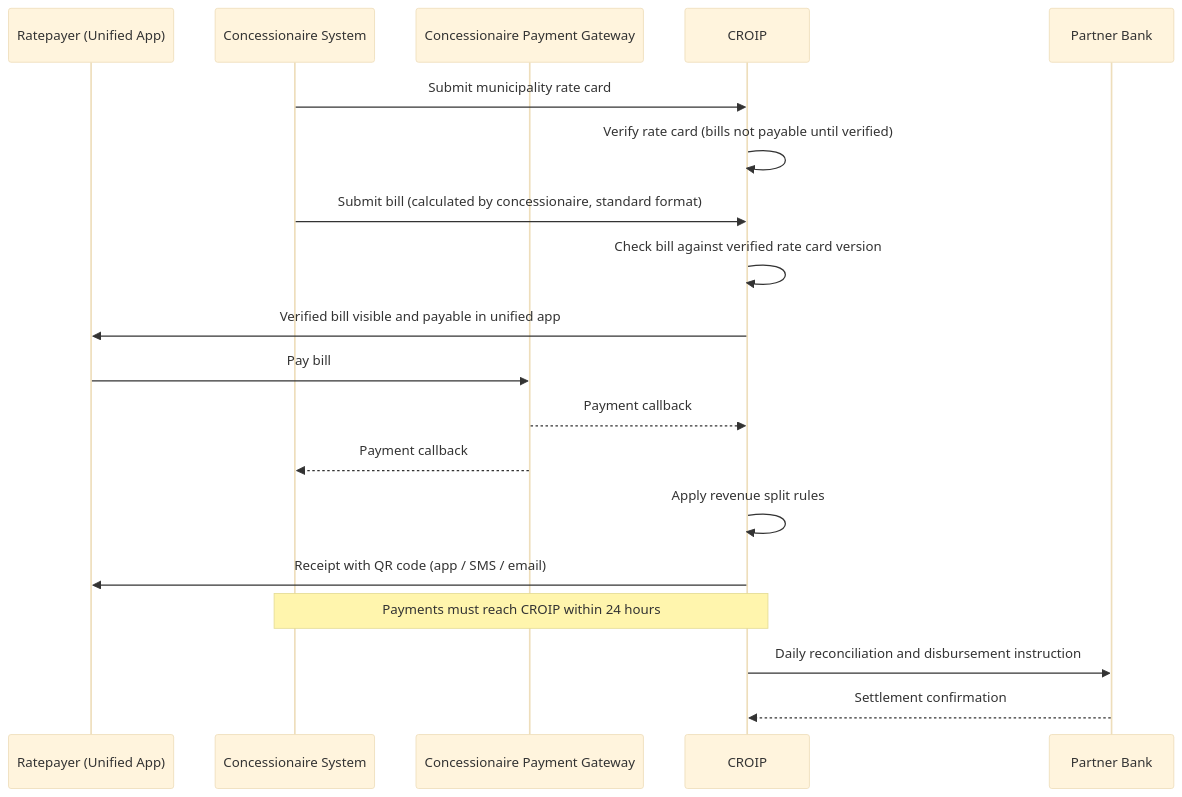
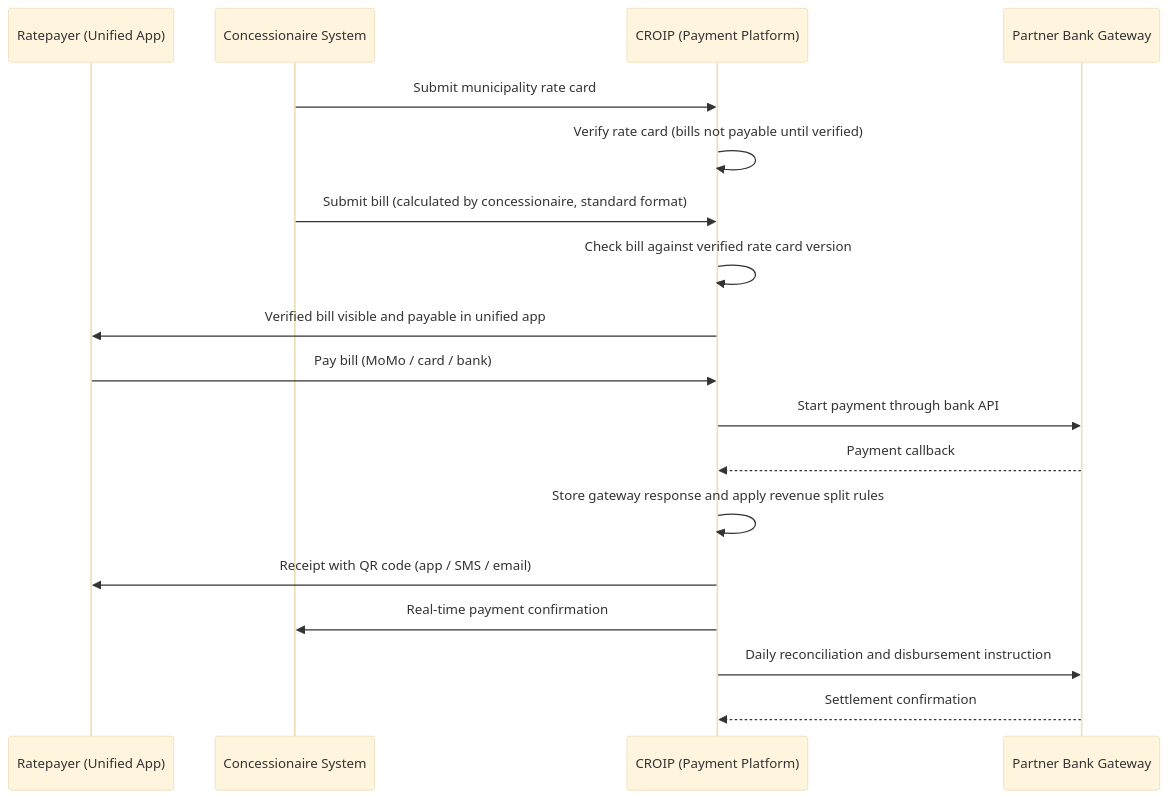
One commit to realkofidjan/croip changed the diagram in Approach 2 - Meeting Decisions.md. Above: the diagram before and after it, drawn with Mermaid (base theme). The commit also changed other lines of this file, not shown here.

Commit message:
Approach 2: payment platform sits on CROIP

````diff
--- a/Approach 2 - Meeting Decisions.md
+++ b/Approach 2 - Meeting Decisions.md
@@ -116,22 +116,21 @@
 ```mermaid
 sequenceDiagram
     participant R as Ratepayer (Unified App)
     participant C as Concessionaire System
-    participant G as Concessionaire Payment Gateway
-    participant X as CROIP
-    participant B as Partner Bank
+    participant X as CROIP (Payment Platform)
+    participant B as Partner Bank Gateway
 
     C->>X: Submit municipality rate card
     X->>X: Verify rate card (bills not payable until verified)
     C->>X: Submit bill (calculated by concessionaire, standard format)
     X->>X: Check bill against verified rate card version
     X->>R: Verified bill visible and payable in unified app
-    R->>G: Pay bill
-    G-->>X: Payment callback
-    G-->>C: Payment callback
-    X->>X: Apply revenue split rules
+    R->>X: Pay bill (MoMo / card / bank)
+    X->>B: Start payment through bank API
+    B-->>X: Payment callback
+    X->>X: Store gateway response and apply revenue split rules
     X->>R: Receipt with QR code (app / SMS / email)
-    Note over C,X: Payments must reach CROIP within 24 hours
+    X->>C: Real-time payment confirmation
     X->>B: Daily reconciliation and disbursement instruction
     B-->>X: Settlement confirmation
 ```
````
